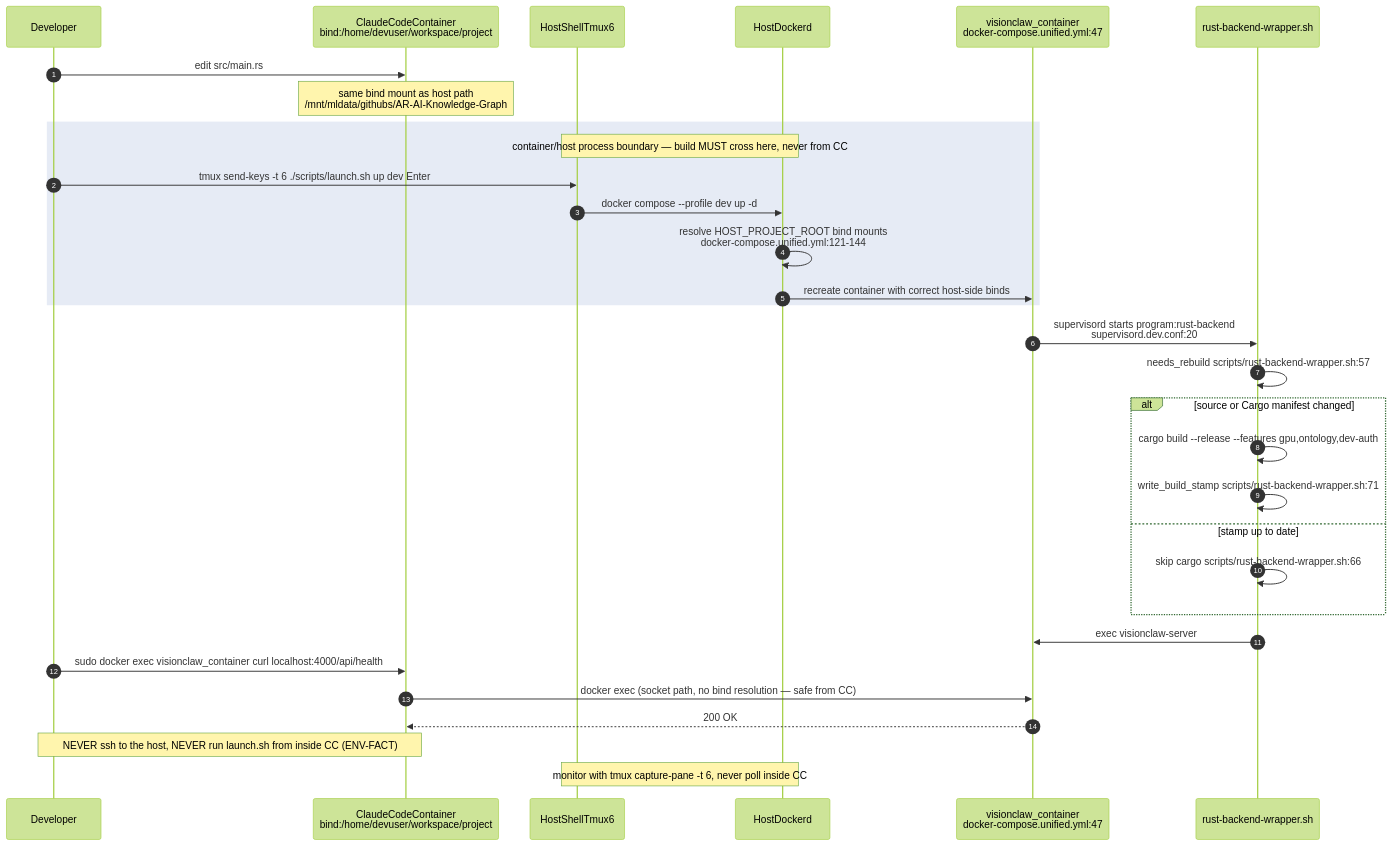
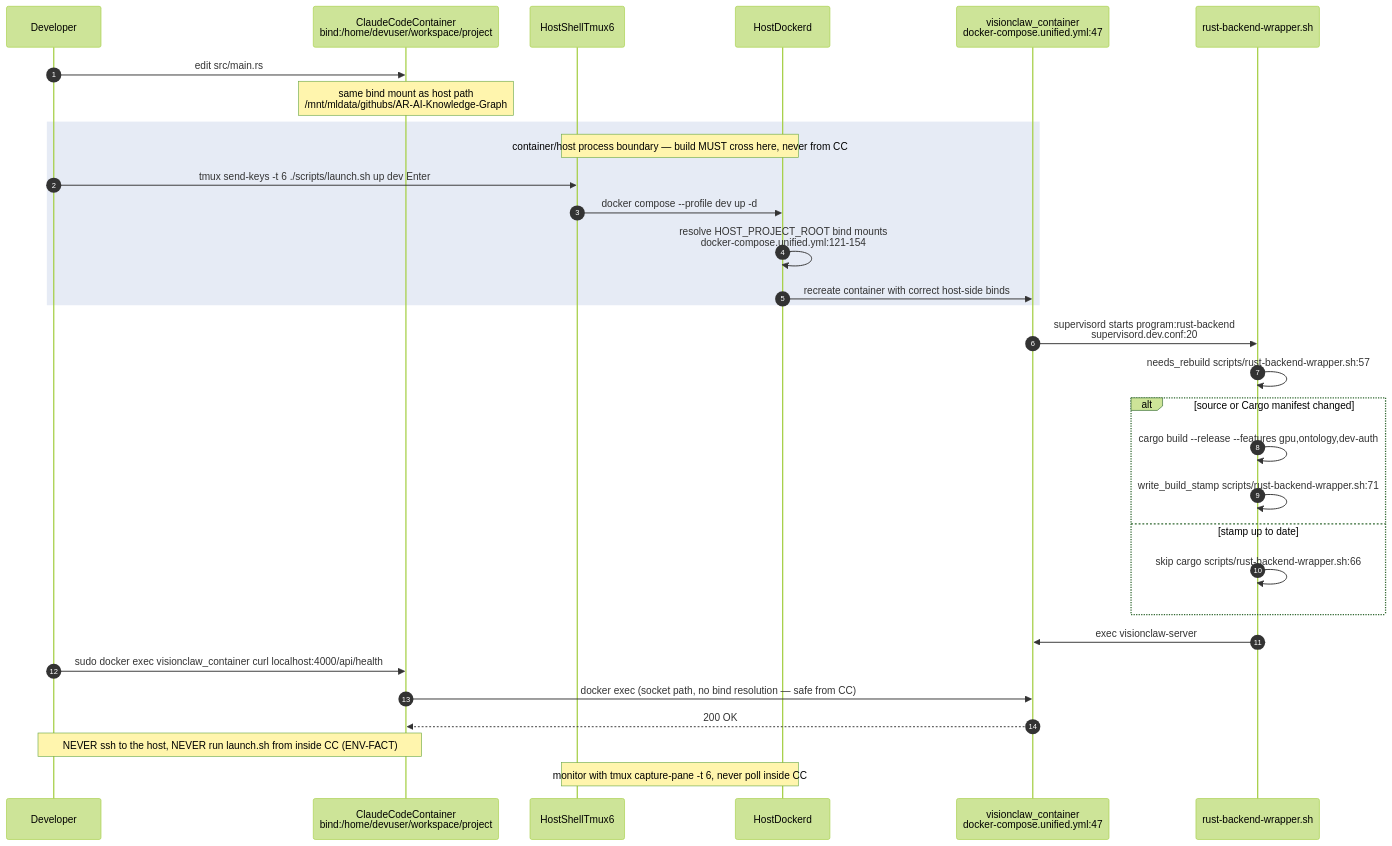
One commit to DreamLab-AI/AR-AI-Knowledge-Graph changed the second of 19 diagrams in docs/diagrams/estate/09-build-deploy-and-ci-estate.md. Above: the diagram before and after it, drawn with Mermaid (forest theme). The commit also changed other lines of this file and 73 other files, not shown here.

First line of the commit message:
docs(diagrams): re-verify all 71 topic files against HEAD; add --cite-check

````diff
--- a/docs/diagrams/estate/09-build-deploy-and-ci-estate.md
+++ b/docs/diagrams/estate/09-build-deploy-and-ci-estate.md
@@ -108,34 +108,34 @@
 ```mermaid
 sequenceDiagram
     autonumber
     participant Dev as Developer
     participant CC as ClaudeCodeContainer<br/>bind:/home/devuser/workspace/project
     participant T6 as HostShellTmux6
     participant DD as HostDockerd
     participant DC as visionclaw_container<br/>docker-compose.unified.yml:47
     participant W as rust-backend-wrapper.sh
 
     Dev->>CC: edit src/main.rs
     Note over CC: same bind mount as host path<br/>/mnt/mldata/githubs/AR-AI-Knowledge-Graph
     rect rgb(230,235,245)
     Note over T6,DD: container/host process boundary — build MUST cross here, never from CC
     Dev->>T6: tmux send-keys -t 6 ./scripts/launch.sh up dev Enter
     T6->>DD: docker compose --profile dev up -d
-    DD->>DD: resolve HOST_PROJECT_ROOT bind mounts<br/>docker-compose.unified.yml:121-144
+    DD->>DD: resolve HOST_PROJECT_ROOT bind mounts<br/>docker-compose.unified.yml:121-154
     DD->>DC: recreate container with correct host-side binds
     end
     DC->>W: supervisord starts program:rust-backend<br/>supervisord.dev.conf:20
     W->>W: needs_rebuild scripts/rust-backend-wrapper.sh:57
     alt source or Cargo manifest changed
         W->>W: cargo build --release --features gpu,ontology,dev-auth
         W->>W: write_build_stamp scripts/rust-backend-wrapper.sh:71
     else stamp up to date
         W->>W: skip cargo scripts/rust-backend-wrapper.sh:66
     end
     W->>DC: exec visionclaw-server
     Dev->>CC: sudo docker exec visionclaw_container curl localhost:4000/api/health
     CC->>DC: docker exec (socket path, no bind resolution — safe from CC)
     DC-->>CC: 200 OK
     Note over Dev,CC: NEVER ssh to the host, NEVER run launch.sh from inside CC (ENV-FACT)
     Note over T6,DD: monitor with tmux capture-pane -t 6, never poll inside CC
 ```
````
